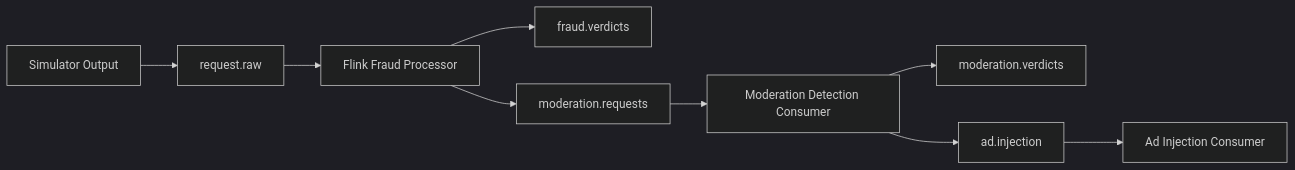
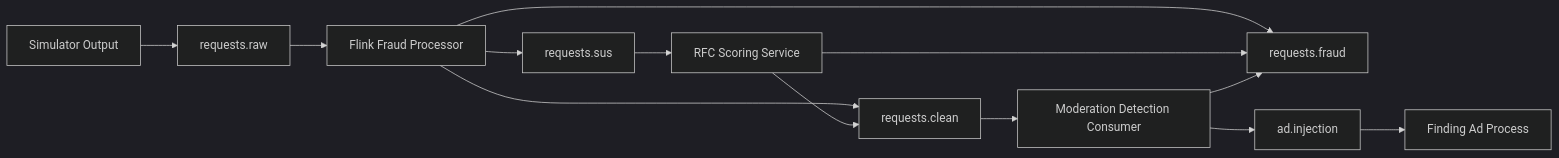
One commit to IamMistake/ai-ad-request-safety-pipeline changed the diagram in docs/kafka_topics.md. Above: the diagram before and after it, drawn with Mermaid (dark theme). The commit also changed other lines of this file and 27 other files, not shown here.

Commit message:
document new architecture phase one

````diff
--- a/docs/kafka_topics.md
+++ b/docs/kafka_topics.md
@@ -15,11 +15,15 @@
 ```mermaid
 flowchart LR
-    A[Simulator Output] --> B[request.raw]
+    A[Simulator Output] --> B[requests.raw]
     B --> C[Flink Fraud Processor]
-    C --> D[fraud.verdicts]
-    C --> E[moderation.requests]
-    E --> F[Moderation Detection Consumer]
-    F --> G[moderation.verdicts]
-    F --> H[ad.injection]
-    H --> I[Ad Injection Consumer]
+    C --> D[requests.sus]
+    C --> E[requests.clean]
+    C --> F[requests.fraud]
+    D --> G[RFC Scoring Service]
+    G --> E
+    G --> F
+    E --> H[Moderation Detection Consumer]
+    H --> I[ad.injection]
+    H --> F
+    I --> J[Finding Ad Process]
 ```
````
